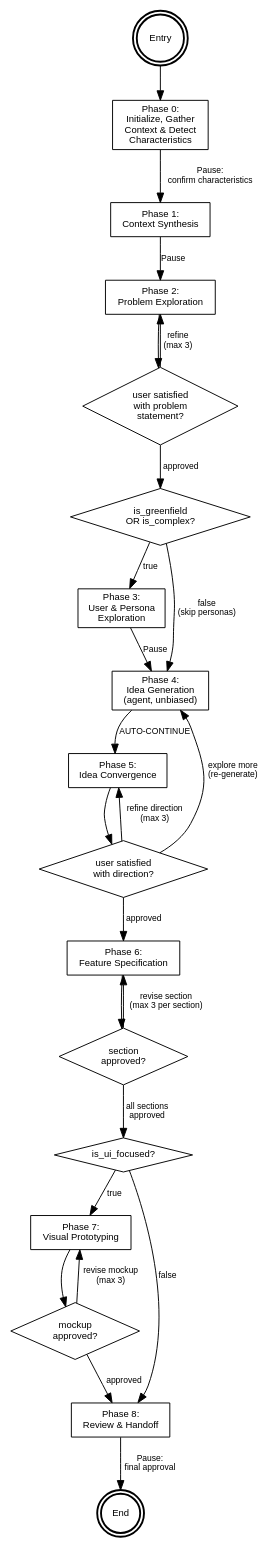
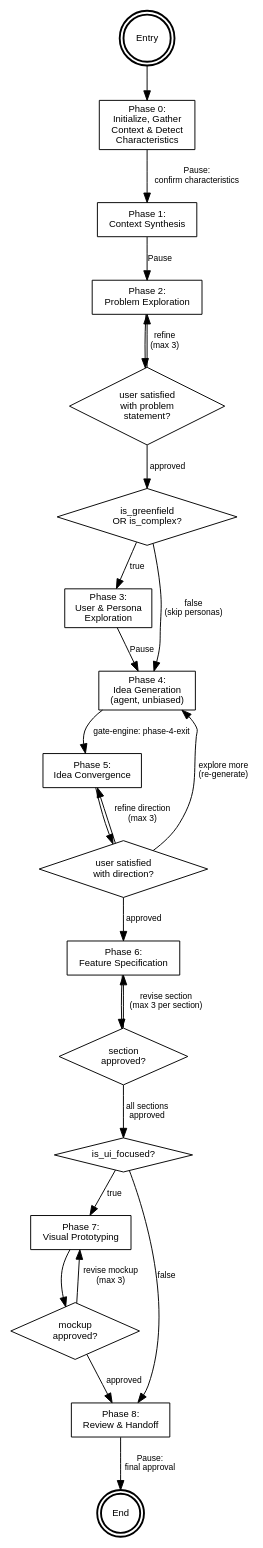
The diagram in plugins/maister-codex/skills/product-design/SKILL.md (mateuszrapacz/maister), drawn with Graphviz before and after one commit. The commit also changed other lines of this file and 124 other files, not shown here.

````diff
--- a/plugins/maister-codex/skills/product-design/SKILL.md
+++ b/plugins/maister-codex/skills/product-design/SKILL.md
@@ -118,77 +166,77 @@
 ```dot
 digraph product_design_orchestrator {
     rankdir=TB;
     node [fontname="Helvetica", fontsize=10];
     edge [fontname="Helvetica", fontsize=9];
 
     // Entry
     entry [label="Entry", shape=doublecircle, style=bold];
 
     // Phases
     p0 [label="Phase 0:\nInitialize, Gather\nContext & Detect\nCharacteristics", shape=box];
     p1 [label="Phase 1:\nContext Synthesis", shape=box];
     p2 [label="Phase 2:\nProblem Exploration", shape=box];
     p3 [label="Phase 3:\nUser & Persona\nExploration", shape=box];
     p4 [label="Phase 4:\nIdea Generation\n(agent, unbiased)", shape=box];
     p5 [label="Phase 5:\nIdea Convergence", shape=box];
     p6 [label="Phase 6:\nFeature Specification", shape=box];
     p7 [label="Phase 7:\nVisual Prototyping", shape=box];
     p8 [label="Phase 8:\nReview & Handoff", shape=box];
 
     // Decision diamonds
     d_refine_problem [label="user satisfied\nwith problem\nstatement?", shape=diamond];
     d_personas [label="is_greenfield\nOR is_complex?", shape=diamond];
     d_refine_convergence [label="user satisfied\nwith direction?", shape=diamond];
     d_refine_spec [label="section\napproved?", shape=diamond];
     d_ui [label="is_ui_focused?", shape=diamond];
     d_refine_mockup [label="mockup\napproved?", shape=diamond];
 
     // Exit
     end_node [label="End", shape=doublecircle, style=bold];
 
     // Flow
     entry -> p0;
     p0 -> p1 [label="Pause:\nconfirm characteristics"];
 
     // Phase 1 always runs (adapts scope)
     p1 -> p2 [label="Pause"];
 
     // Phase 2 iterative refinement loop
     p2 -> d_refine_problem;
     d_refine_problem -> p2 [label="refine\n(max 3)"];
     d_refine_problem -> d_personas [label="approved"];
 
     // Phase 3 conditional activation
     d_personas -> p3 [label="true"];
     d_personas -> p4 [label="false\n(skip personas)"];
 
     // Phase 3 to Phase 4
     p3 -> p4 [label="Pause"];
 
     // Phase 4 (agent, non-interactive) to Phase 5
-    p4 -> p5 [label="AUTO-CONTINUE"];
+    p4 -> p5 [label="gate-engine: phase-4-exit"];
 
     // Phase 5 iterative refinement loop
     p5 -> d_refine_convergence;
     d_refine_convergence -> p4 [label="explore more\n(re-generate)"];
     d_refine_convergence -> p5 [label="refine direction\n(max 3)"];
     d_refine_convergence -> p6 [label="approved"];
 
     // Phase 6 section-by-section with refinement
     p6 -> d_refine_spec;
     d_refine_spec -> p6 [label="revise section\n(max 3 per section)"];
     d_refine_spec -> d_ui [label="all sections\napproved"];
 
     // Phase 7 conditional on UI focus
     d_ui -> p7 [label="true"];
     d_ui -> p8 [label="false"];
 
     // Phase 7 mockup refinement loop
     p7 -> d_refine_mockup;
     d_refine_mockup -> p7 [label="revise mockup\n(max 3)"];
     d_refine_mockup -> p8 [label="approved"];
 
     // Phase 8 to end
     p8 -> end_node [label="Pause:\nfinal approval"];
 }
 ```
````
